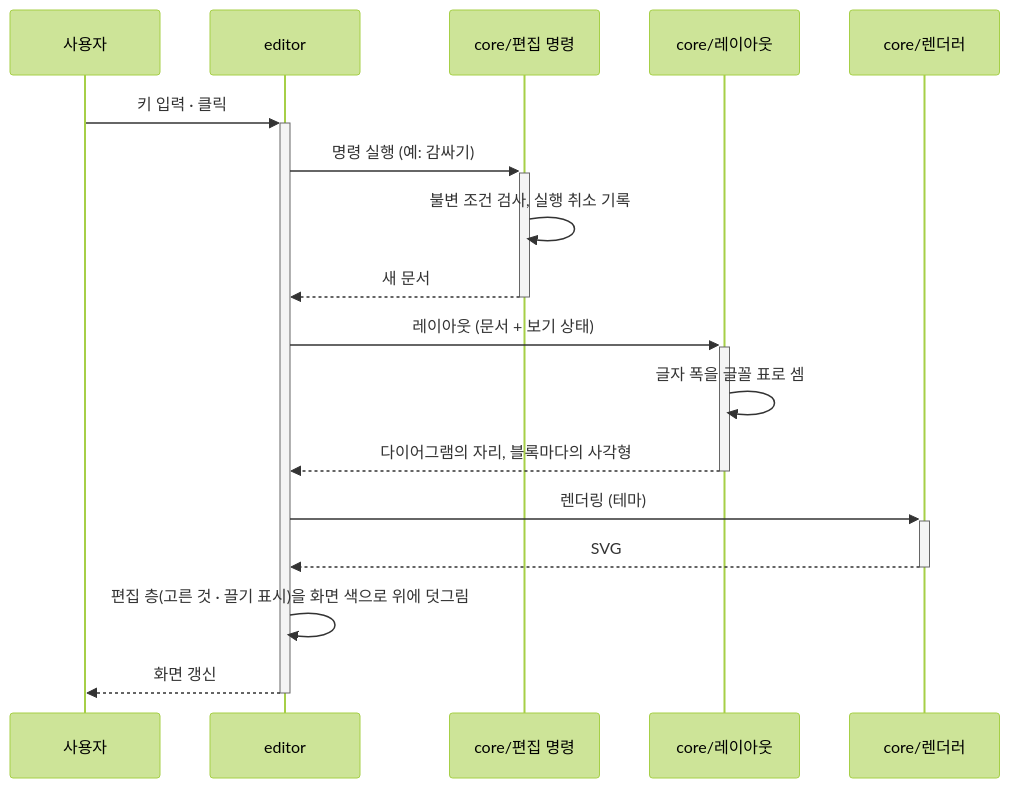
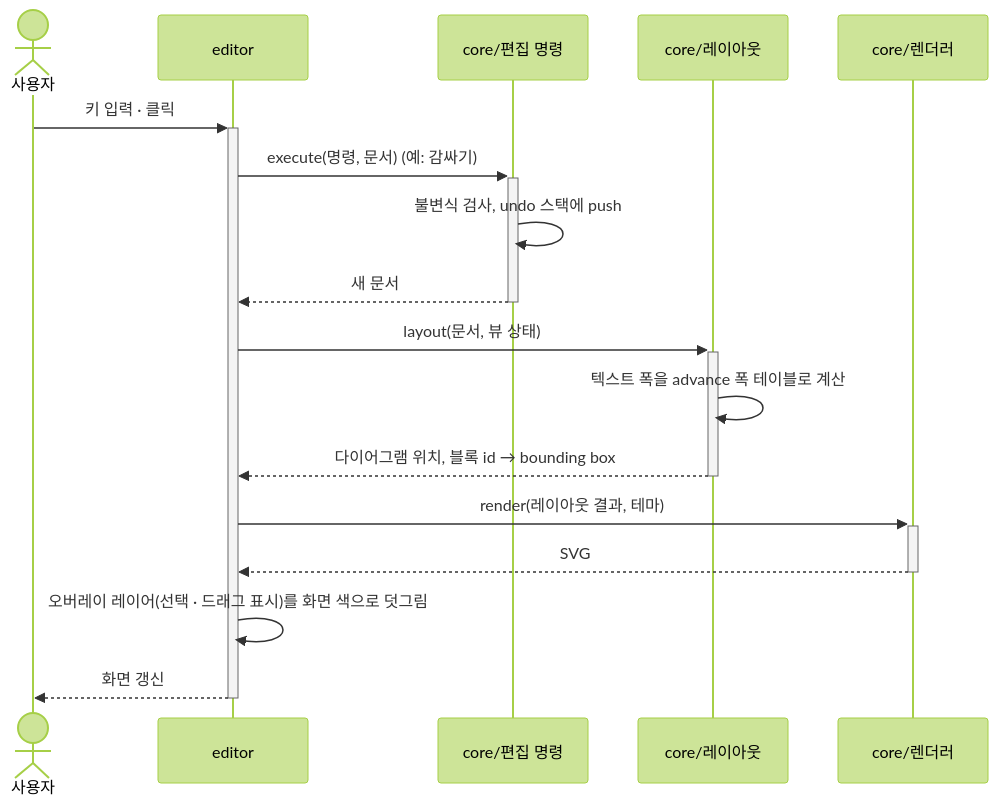
One commit to reddiana/AriadneNSD changed the fifth of 6 diagrams in docs/03-architecture/03-architecture.md. Above: the diagram before and after it, drawn with Mermaid (forest theme). The commit also changed other lines of this file and 7 other files, not shown here.

Commit message:
아키텍처 개요를 SW 엔지니어의 용어와 UML로(메인테이너 inbox, 견본): 패키지 의존 · editor-셸 인터페이스(필요/제공) · 모델 클래스 다이어그램, 컨텍스트 그림에 범례. 3.1→3.4, 3.2→3.5로 절 번호가 바뀌어 링크를 고침

````diff
--- a/docs/03-architecture/03-architecture.md
+++ b/docs/03-architecture/03-architecture.md
@@ -164,19 +259,19 @@
 ```mermaid
 sequenceDiagram
-    participant U as 사용자
+    actor U as 사용자
     participant E as editor
     participant M as core/편집 명령
     participant L as core/레이아웃
     participant R as core/렌더러
     U->>+E: 키 입력 · 클릭
-    E->>+M: 명령 실행 (예: 감싸기)
-    M->>M: 불변 조건 검사, 실행 취소 기록
+    E->>+M: execute(명령, 문서) (예: 감싸기)
+    M->>M: 불변식 검사, undo 스택에 push
     M-->>-E: 새 문서
-    E->>+L: 레이아웃 (문서 + 보기 상태)
-    L->>L: 글자 폭을 글꼴 표로 셈
-    L-->>-E: 다이어그램의 자리, 블록마다의 사각형
-    E->>+R: 렌더링 (테마)
+    E->>+L: layout(문서, 뷰 상태)
+    L->>L: 텍스트 폭을 advance 폭 테이블로 계산
+    L-->>-E: 다이어그램 위치, 블록 id → bounding box
+    E->>+R: render(레이아웃 결과, 테마)
     R-->>-E: SVG
-    E->>E: 편집 층(고른 것 · 끌기 표시)을 화면 색으로 위에 덧그림
+    E->>E: 오버레이 레이어(선택 · 드래그 표시)를 화면 색으로 덧그림
     E-->>-U: 화면 갱신
 ```
````
